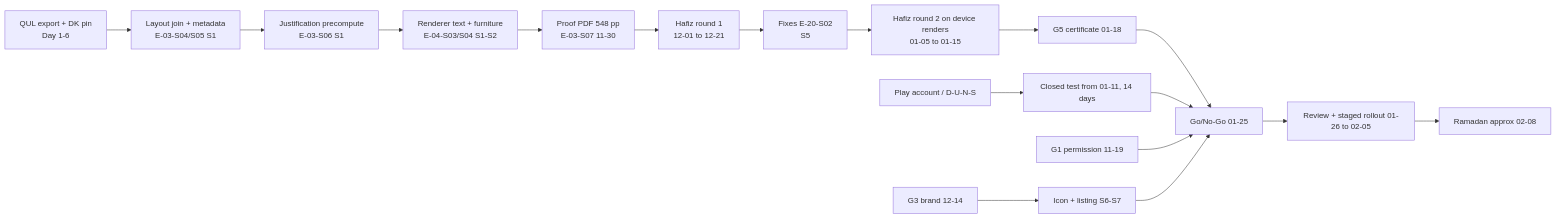
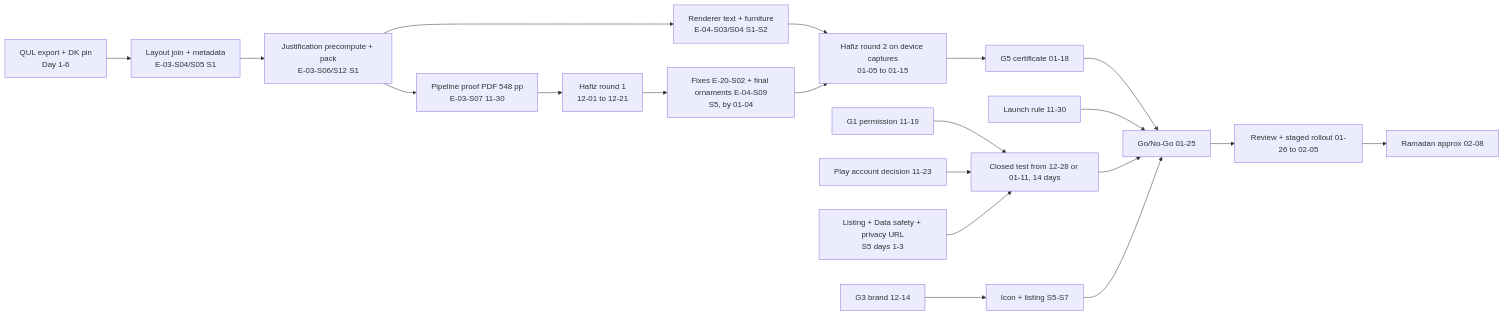
Before and after one commit to Chughtaie/criterion: the second of 2 diagrams in docs/plan/09-roadmap-backlog.md, drawn with Mermaid. The commit also changed other lines of this file and 5 other files, not shown here.

````diff
--- a/docs/plan/09-roadmap-backlog.md
+++ b/docs/plan/09-roadmap-backlog.md
@@ -518,18 +518,21 @@
 ```mermaid
 flowchart LR
   A[QUL export + DK pin<br/>Day 1-6] --> B[Layout join + metadata<br/>E-03-S04/S05 S1]
-  B --> C[Justification precompute<br/>E-03-S06 S1]
+  B --> C[Justification precompute + pack<br/>E-03-S06/S12 S1]
+  C --> E[Pipeline proof PDF 548 pp<br/>E-03-S07 11-30]
+  E --> F[Hafiz round 1<br/>12-01 to 12-21]
+  F --> G[Fixes E-20-S02 + final ornaments E-04-S09<br/>S5, by 01-04]
   C --> D[Renderer text + furniture<br/>E-04-S03/S04 S1-S2]
-  D --> E[Proof PDF 548 pp<br/>E-03-S07 11-30]
-  E --> F[Hafiz round 1<br/>12-01 to 12-21]
-  F --> G[Fixes E-20-S02<br/>S5]
-  G --> H[Hafiz round 2 on device renders<br/>01-05 to 01-15]
+  D --> H
+  G --> H[Hafiz round 2 on device captures<br/>01-05 to 01-15]
   H --> I[G5 certificate 01-18]
   I --> J[Go/No-Go 01-25]
-  K[Closed test from 01-11, 14 days] --> J
-  L[G1 permission 11-19] --> J
-  M[G3 brand 12-14] --> N[Icon + listing S6-S7] --> J
-  O[Play account / D-U-N-S] --> K
+  R[Launch rule 11-30] --> J
+  L[G1 permission 11-19] --> K
+  O[Play account decision 11-23] --> K
+  S[Listing + Data safety + privacy URL<br/>S5 days 1-3] --> K
+  K[Closed test from 12-28 or 01-11, 14 days] --> J
+  M[G3 brand 12-14] --> N[Icon + listing S5-S7] --> J
   J --> P[Review + staged rollout 01-26 to 02-05]
   P --> Q[Ramadan approx 02-08]
 ```
````
